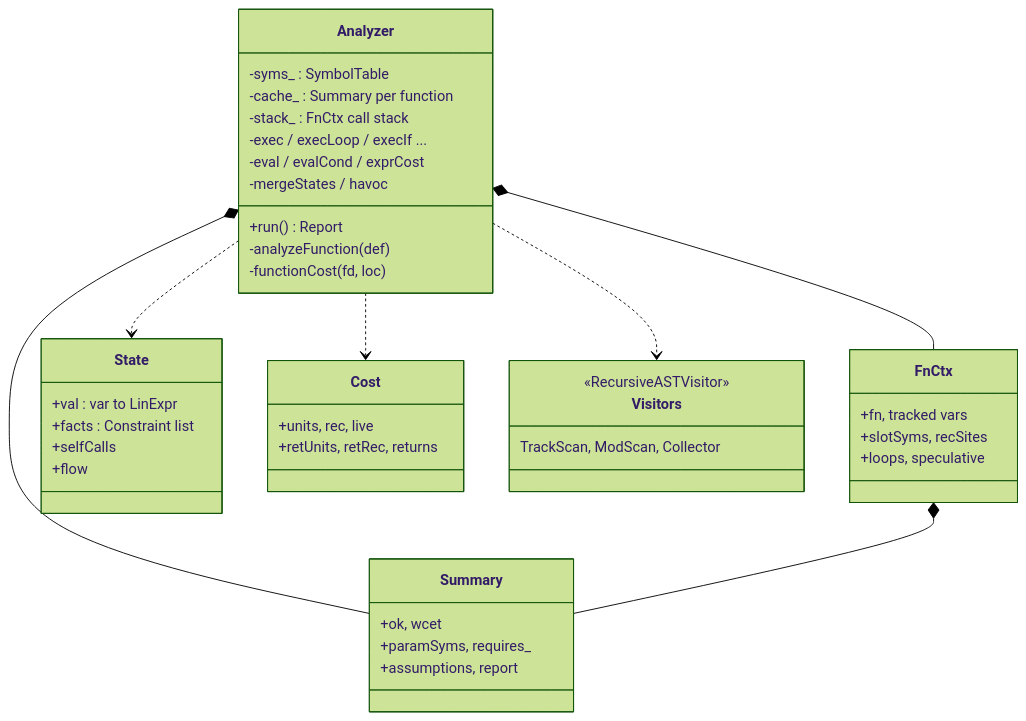
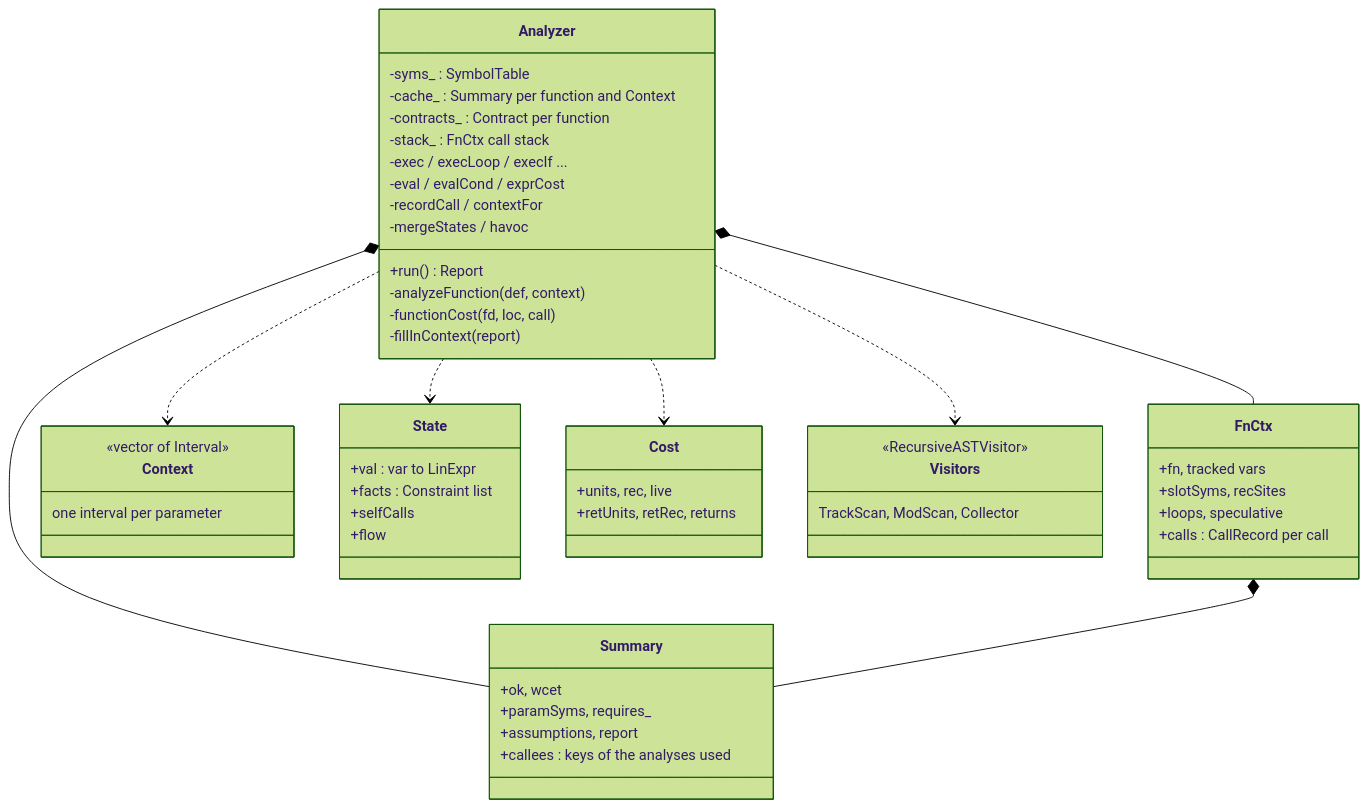
The fifth of 10 diagrams in docs/guide/04-plugin.md (ldallolio/crosscheck), drawn with Mermaid (forest theme) before and after one commit. The commit also changed other lines of this file and 1260 other files, not shown here.

````diff
--- a/docs/guide/04-plugin.md
+++ b/docs/guide/04-plugin.md
@@ -302,45 +302,55 @@
 ```mermaid
 classDiagram
   direction TB
   class Analyzer {
     -syms_ : SymbolTable
-    -cache_ : Summary per function
+    -cache_ : Summary per function and Context
+    -contracts_ : Contract per function
     -stack_ : FnCtx call stack
     +run() Report
-    -analyzeFunction(def)
+    -analyzeFunction(def, context)
     -exec / execLoop / execIf ...
     -eval / evalCond / exprCost
-    -functionCost(fd, loc)
+    -recordCall / contextFor
+    -functionCost(fd, loc, call)
     -mergeStates / havoc
+    -fillInContext(report)
   }
   class FnCtx {
     +fn, tracked vars
     +slotSyms, recSites
     +loops, speculative
+    +calls : CallRecord per call
   }
   class Summary {
     +ok, wcet
     +paramSyms, requires_
     +assumptions, report
+    +callees : keys of the analyses used
+  }
+  class Context {
+    <<vector of Interval>>
+    one interval per parameter
   }
   class State {
     +val : var to LinExpr
     +facts : Constraint list
     +selfCalls
     +flow
   }
   class Cost {
     +units, rec, live
     +retUnits, retRec, returns
   }
   class Visitors {
     <<RecursiveASTVisitor>>
     TrackScan, ModScan, Collector
   }
   Analyzer *-- FnCtx
   Analyzer *-- Summary
   FnCtx *-- Summary
+  Analyzer ..> Context
   Analyzer ..> State
   Analyzer ..> Cost
   Analyzer ..> Visitors
 ```
````
